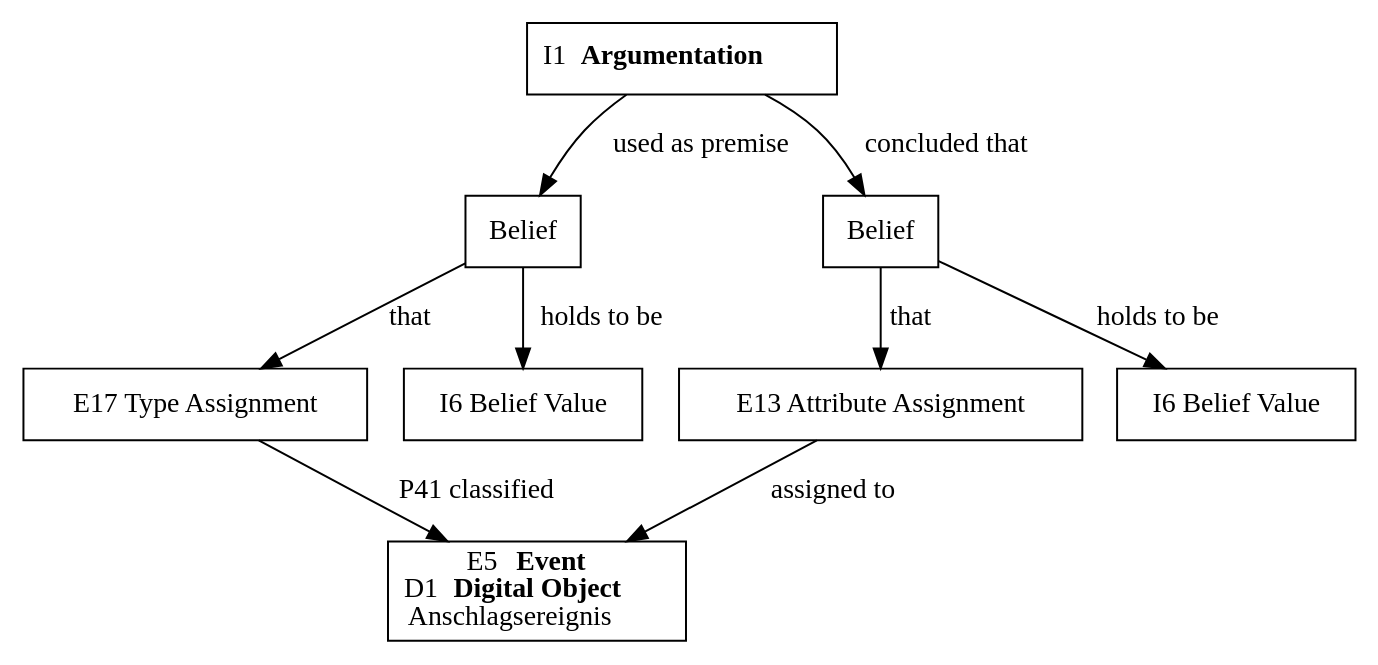
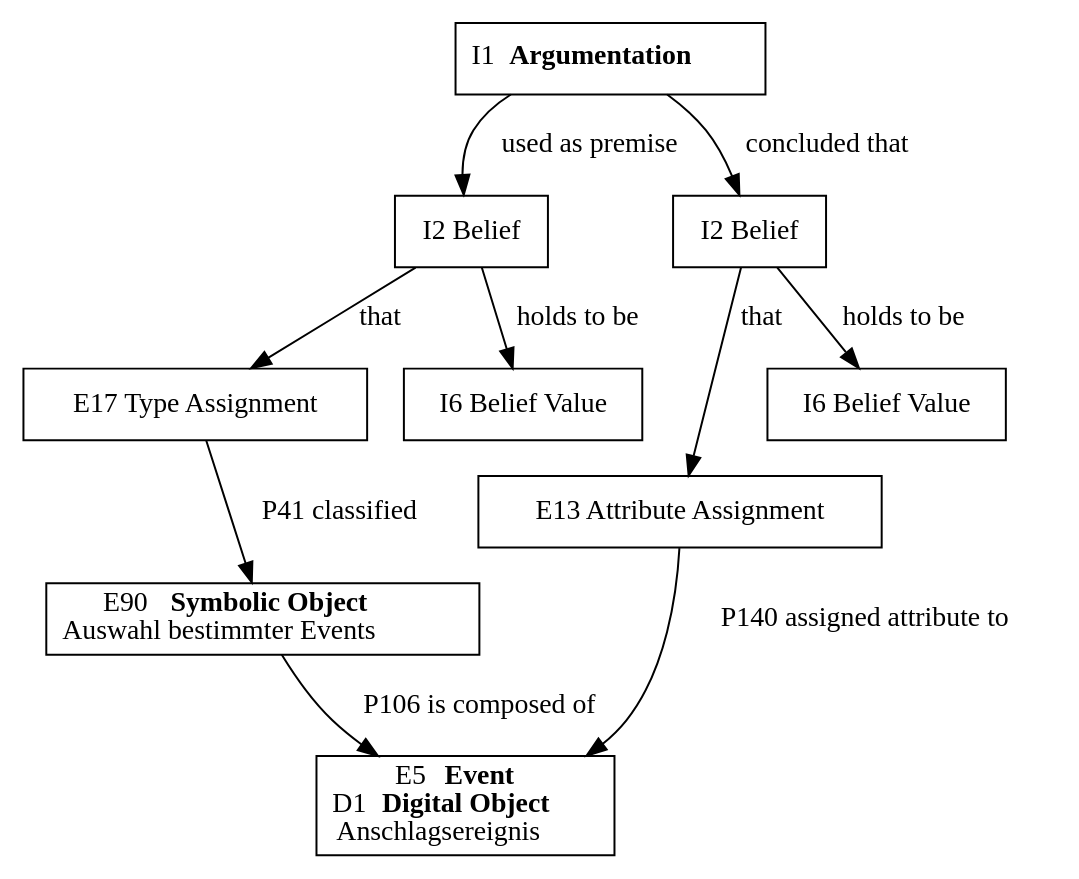
Before and after one commit to pfefferniels/roll-desk: the diagram in figures/argumentation.dot, drawn with Graphviz.

Commit message:
improve argumentation model

```diff
--- a/figures/argumentation.dot
+++ b/figures/argumentation.dot
@@ -1,25 +1,28 @@
 digraph G {
     node [shape="box"]
 
     Event[label=<E5 <B>Event</B><BR/>D1 <B>Digital Object</B><BR/>Anschlagsereignis>]
+    Selection[label=<E90 <B>Symbolic Object</B><BR/>Auswahl bestimmter Events>]
+
+    Selection -> Event[label="P106 is composed of"]
 
     TypeAssignment[label="E17 Type Assignment"]
-    TypeAssignment -> Event[label="P41 classified"]
+    TypeAssignment -> Selection[label="P41 classified"]
 
     E13[label="E13 Attribute Assignment"]
-    E13 -> Event[label="assigned to"]
+    E13 -> Event[label="P140 assigned attribute to"]
 
-    Belief1[label="Belief"]
+    Belief1[label="I2 Belief"]
     Likely1[label="I6 Belief Value"]
     Belief1 -> TypeAssignment[label="that"]
     Belief1 -> Likely1[label="holds to be"]
 
-    Belief2[label="Belief"]
+    Belief2[label="I2 Belief"]
     Likely2[label="I6 Belief Value"]
     Belief2 -> E13[label="that"]
     Belief2 -> Likely2[label="holds to be"]
 
     Argumentation[label=<I1 <B>Argumentation</B>>]
     Argumentation -> Belief1[label="used as premise"]
     Argumentation -> Belief2[label="concluded that"]
 }
```
